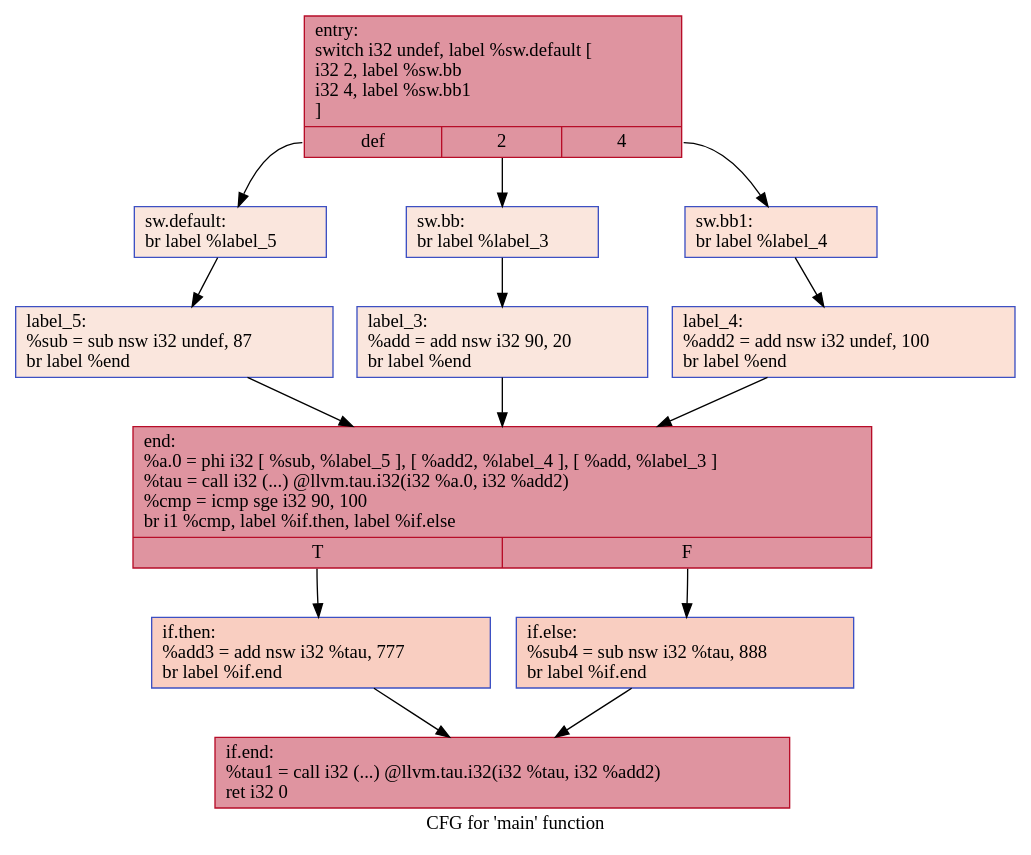
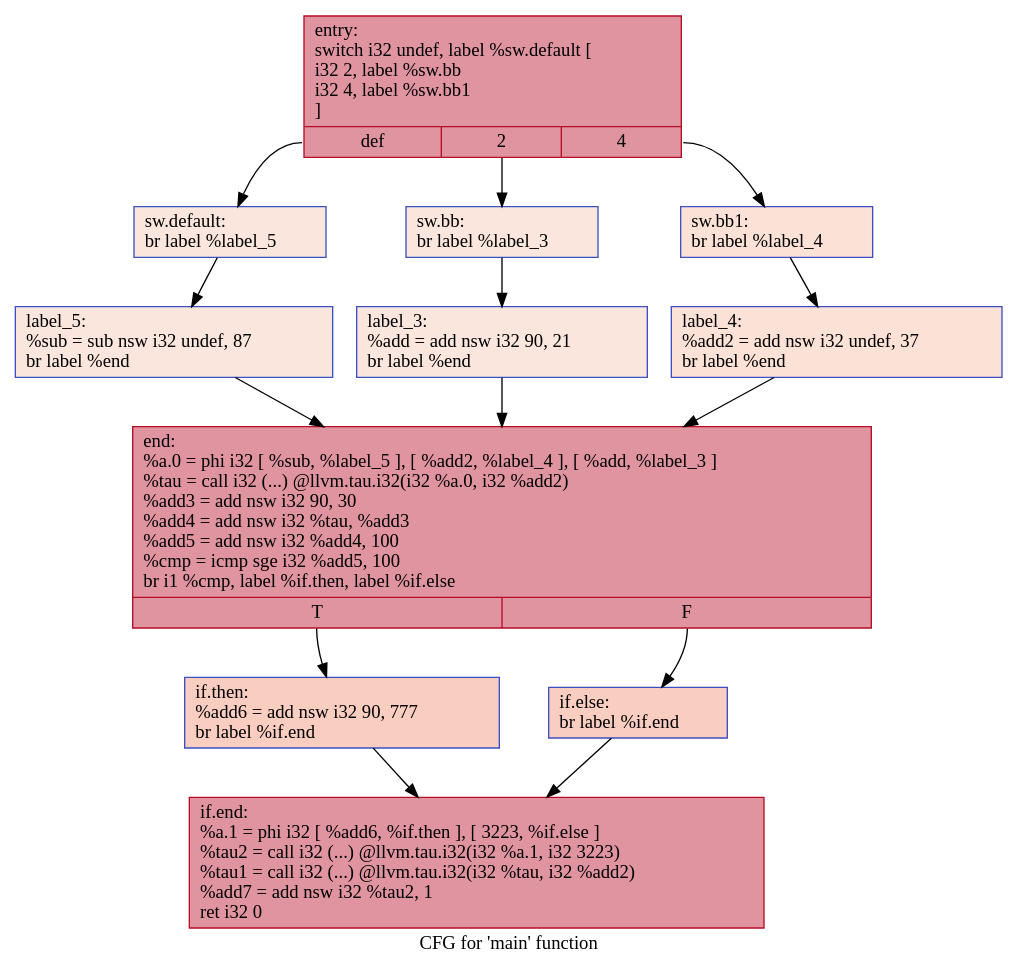
Before and after one commit to HPSSA-LLVM/HPSSA-LLVM: the diagram in IR/cfg/afterHPSSA.dot, drawn with Graphviz. The commit also changed 28 other files, not shown here.

```diff
--- a/IR/cfg/afterHPSSA.dot
+++ b/IR/cfg/afterHPSSA.dot
@@ -1,28 +1,28 @@
 digraph "CFG for 'main' function" {
 	label="CFG for 'main' function";
 
-	Node0x557c313aa8c0 [shape=record,color="#b70d28ff", style=filled, fillcolor="#b70d2870",label="{entry:\l  switch i32 undef, label %sw.default [\l    i32 2, label %sw.bb\l    i32 4, label %sw.bb1\l  ]\l|{<s0>def|<s1>2|<s2>4}}"];
-	Node0x557c313aa8c0:s0 -> Node0x557c313aae20;
-	Node0x557c313aa8c0:s1 -> Node0x557c313aaea0;
-	Node0x557c313aa8c0:s2 -> Node0x557c313aaf40;
-	Node0x557c313aaea0 [shape=record,color="#3d50c3ff", style=filled, fillcolor="#f3c7b170",label="{sw.bb:                                            \l  br label %label_3\l}"];
-	Node0x557c313aaea0 -> Node0x557c313ab0d0;
-	Node0x557c313aaf40 [shape=record,color="#3d50c3ff", style=filled, fillcolor="#f7bca170",label="{sw.bb1:                                           \l  br label %label_4\l}"];
-	Node0x557c313aaf40 -> Node0x557c313ab1b0;
-	Node0x557c313aae20 [shape=record,color="#3d50c3ff", style=filled, fillcolor="#f3c7b170",label="{sw.default:                                       \l  br label %label_5\l}"];
-	Node0x557c313aae20 -> Node0x557c313ab290;
-	Node0x557c313ab0d0 [shape=record,color="#3d50c3ff", style=filled, fillcolor="#f3c7b170",label="{label_3:                                          \l  %add = add nsw i32 90, 20\l  br label %end\l}"];
-	Node0x557c313ab0d0 -> Node0x557c313ab480;
-	Node0x557c313ab1b0 [shape=record,color="#3d50c3ff", style=filled, fillcolor="#f7bca170",label="{label_4:                                          \l  %add2 = add nsw i32 undef, 100\l  br label %end\l}"];
-	Node0x557c313ab1b0 -> Node0x557c313ab480;
-	Node0x557c313ab290 [shape=record,color="#3d50c3ff", style=filled, fillcolor="#f3c7b170",label="{label_5:                                          \l  %sub = sub nsw i32 undef, 87\l  br label %end\l}"];
-	Node0x557c313ab290 -> Node0x557c313ab480;
-	Node0x557c313ab480 [shape=record,color="#b70d28ff", style=filled, fillcolor="#b70d2870",label="{end:                                              \l  %a.0 = phi i32 [ %sub, %label_5 ], [ %add2, %label_4 ], [ %add, %label_3 ]\l  %tau = call i32 (...) @llvm.tau.i32(i32 %a.0, i32 %add2)\l  %cmp = icmp sge i32 90, 100\l  br i1 %cmp, label %if.then, label %if.else\l|{<s0>T|<s1>F}}"];
-	Node0x557c313ab480:s0 -> Node0x557c313abd30;
-	Node0x557c313ab480:s1 -> Node0x557c313abda0;
-	Node0x557c313abd30 [shape=record,color="#3d50c3ff", style=filled, fillcolor="#f2907270",label="{if.then:                                          \l  %add3 = add nsw i32 %tau, 777\l  br label %if.end\l}"];
-	Node0x557c313abd30 -> Node0x557c313abfa0;
-	Node0x557c313abda0 [shape=record,color="#3d50c3ff", style=filled, fillcolor="#f2907270",label="{if.else:                                          \l  %sub4 = sub nsw i32 %tau, 888\l  br label %if.end\l}"];
-	Node0x557c313abda0 -> Node0x557c313abfa0;
-	Node0x557c313abfa0 [shape=record,color="#b70d28ff", style=filled, fillcolor="#b70d2870",label="{if.end:                                           \l  %tau1 = call i32 (...) @llvm.tau.i32(i32 %tau, i32 %add2)\l  ret i32 0\l}"];
+	Node0x5622b05ea990 [shape=record,color="#b70d28ff", style=filled, fillcolor="#b70d2870",label="{entry:\l  switch i32 undef, label %sw.default [\l    i32 2, label %sw.bb\l    i32 4, label %sw.bb1\l  ]\l|{<s0>def|<s1>2|<s2>4}}"];
+	Node0x5622b05ea990:s0 -> Node0x5622b05eaef0;
+	Node0x5622b05ea990:s1 -> Node0x5622b05eaf70;
+	Node0x5622b05ea990:s2 -> Node0x5622b05eb010;
+	Node0x5622b05eaf70 [shape=record,color="#3d50c3ff", style=filled, fillcolor="#f3c7b170",label="{sw.bb:                                            \l  br label %label_3\l}"];
+	Node0x5622b05eaf70 -> Node0x5622b05eb1a0;
+	Node0x5622b05eb010 [shape=record,color="#3d50c3ff", style=filled, fillcolor="#f7bca170",label="{sw.bb1:                                           \l  br label %label_4\l}"];
+	Node0x5622b05eb010 -> Node0x5622b05eb280;
+	Node0x5622b05eaef0 [shape=record,color="#3d50c3ff", style=filled, fillcolor="#f3c7b170",label="{sw.default:                                       \l  br label %label_5\l}"];
+	Node0x5622b05eaef0 -> Node0x5622b05eb360;
+	Node0x5622b05eb1a0 [shape=record,color="#3d50c3ff", style=filled, fillcolor="#f3c7b170",label="{label_3:                                          \l  %add = add nsw i32 90, 21\l  br label %end\l}"];
+	Node0x5622b05eb1a0 -> Node0x5622b05eb550;
+	Node0x5622b05eb280 [shape=record,color="#3d50c3ff", style=filled, fillcolor="#f7bca170",label="{label_4:                                          \l  %add2 = add nsw i32 undef, 37\l  br label %end\l}"];
+	Node0x5622b05eb280 -> Node0x5622b05eb550;
+	Node0x5622b05eb360 [shape=record,color="#3d50c3ff", style=filled, fillcolor="#f3c7b170",label="{label_5:                                          \l  %sub = sub nsw i32 undef, 87\l  br label %end\l}"];
+	Node0x5622b05eb360 -> Node0x5622b05eb550;
+	Node0x5622b05eb550 [shape=record,color="#b70d28ff", style=filled, fillcolor="#b70d2870",label="{end:                                              \l  %a.0 = phi i32 [ %sub, %label_5 ], [ %add2, %label_4 ], [ %add, %label_3 ]\l  %tau = call i32 (...) @llvm.tau.i32(i32 %a.0, i32 %add2)\l  %add3 = add nsw i32 90, 30\l  %add4 = add nsw i32 %tau, %add3\l  %add5 = add nsw i32 %add4, 100\l  %cmp = icmp sge i32 %add5, 100\l  br i1 %cmp, label %if.then, label %if.else\l|{<s0>T|<s1>F}}"];
+	Node0x5622b05eb550:s0 -> Node0x5622b05ec070;
+	Node0x5622b05eb550:s1 -> Node0x5622b05ec0e0;
+	Node0x5622b05ec070 [shape=record,color="#3d50c3ff", style=filled, fillcolor="#f2907270",label="{if.then:                                          \l  %add6 = add nsw i32 90, 777\l  br label %if.end\l}"];
+	Node0x5622b05ec070 -> Node0x5622b05ec2e0;
+	Node0x5622b05ec0e0 [shape=record,color="#3d50c3ff", style=filled, fillcolor="#f2907270",label="{if.else:                                          \l  br label %if.end\l}"];
+	Node0x5622b05ec0e0 -> Node0x5622b05ec2e0;
+	Node0x5622b05ec2e0 [shape=record,color="#b70d28ff", style=filled, fillcolor="#b70d2870",label="{if.end:                                           \l  %a.1 = phi i32 [ %add6, %if.then ], [ 3223, %if.else ]\l  %tau2 = call i32 (...) @llvm.tau.i32(i32 %a.1, i32 3223)\l  %tau1 = call i32 (...) @llvm.tau.i32(i32 %tau, i32 %add2)\l  %add7 = add nsw i32 %tau2, 1\l  ret i32 0\l}"];
 }
```
